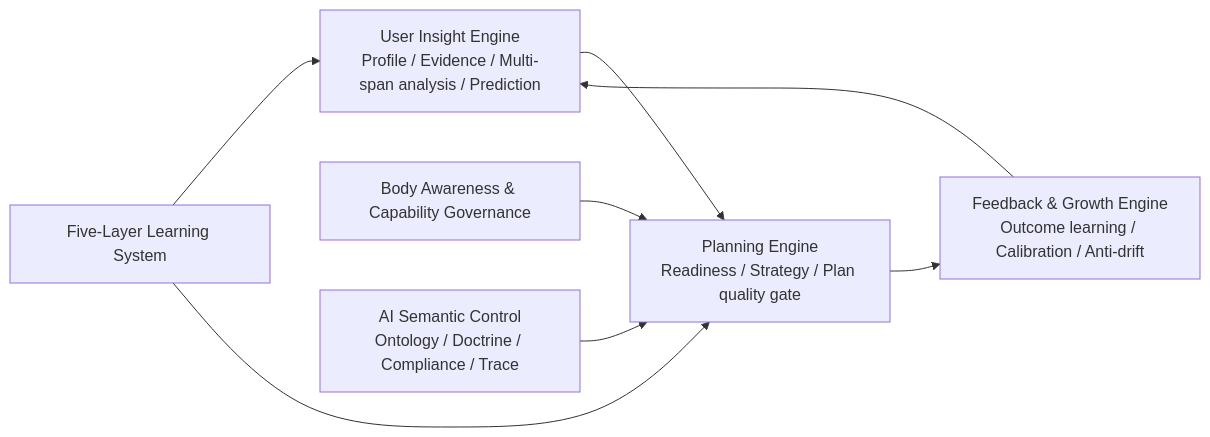
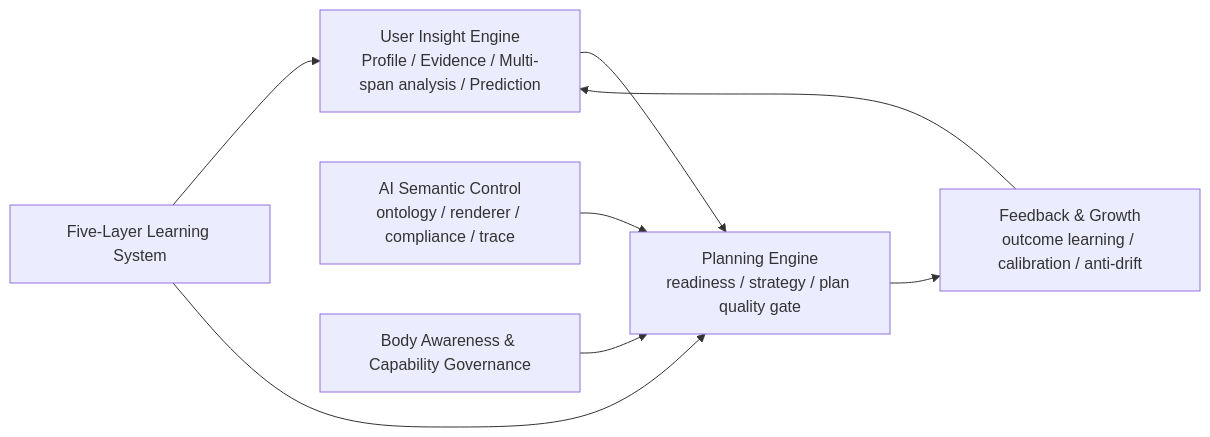
One commit to BRSAMAyu/Sparkle-project changed the second of 2 diagrams in README_EN.md. Above: the diagram before and after it, drawn with Mermaid. The commit also changed other lines of this file and 115 other files, not shown here.

````diff
--- a/README_EN.md
+++ b/README_EN.md
@@ -287,14 +151,14 @@
 ```mermaid
 flowchart LR
     Insight["User Insight Engine
 Profile / Evidence / Multi-span analysis / Prediction"] --> Planning["Planning Engine
-Readiness / Strategy / Plan quality gate"]
-    Planning --> Feedback["Feedback & Growth Engine
-Outcome learning / Calibration / Anti-drift"]
-    Feedback --> Insight
+readiness / strategy / plan quality gate"]
+    Planning --> Growth["Feedback & Growth
+outcome learning / calibration / anti-drift"]
+    Growth --> Insight
+    Semantic["AI Semantic Control
+ontology / renderer / compliance / trace"] --> Planning
     Body["Body Awareness & Capability Governance"] --> Planning
     Layered["Five-Layer Learning System"] --> Insight
     Layered --> Planning
-    Semantic["AI Semantic Control
-Ontology / Doctrine / Compliance / Trace"] --> Planning
 ```
````
